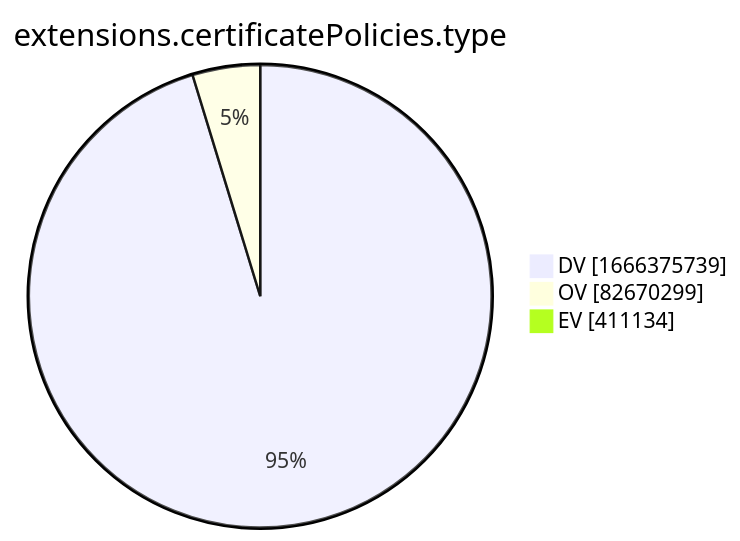
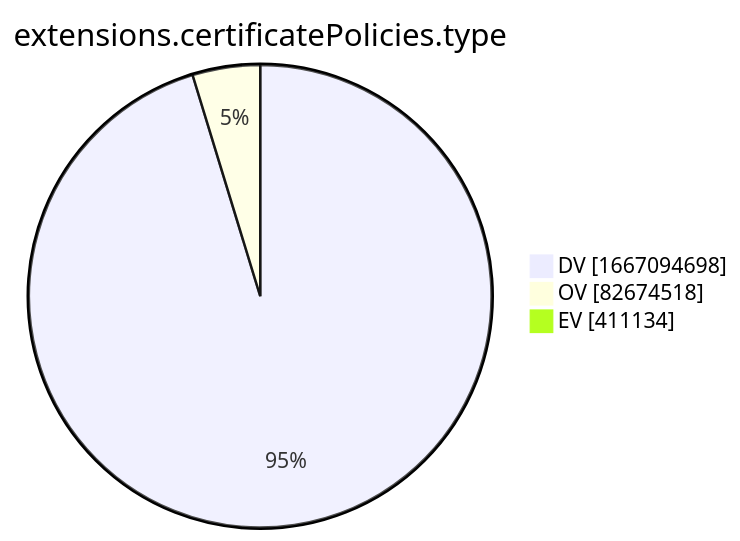
Before and after one commit to christiankrug/ctmonitor_visualization: the tenth of 15 diagrams in xenon2022/README.md, drawn with Mermaid. The commit also changed other lines of this file, not shown here.

````diff
--- a/xenon2022/README.md
+++ b/xenon2022/README.md
@@ -2880,7 +2880,7 @@
 ```mermaid
 pie showData
 title extensions.certificatePolicies.type
-"DV" :1666375739
-"OV" :82670299
+"DV" :1667094698
+"OV" :82674518
 "EV" :411134
 ```
````
